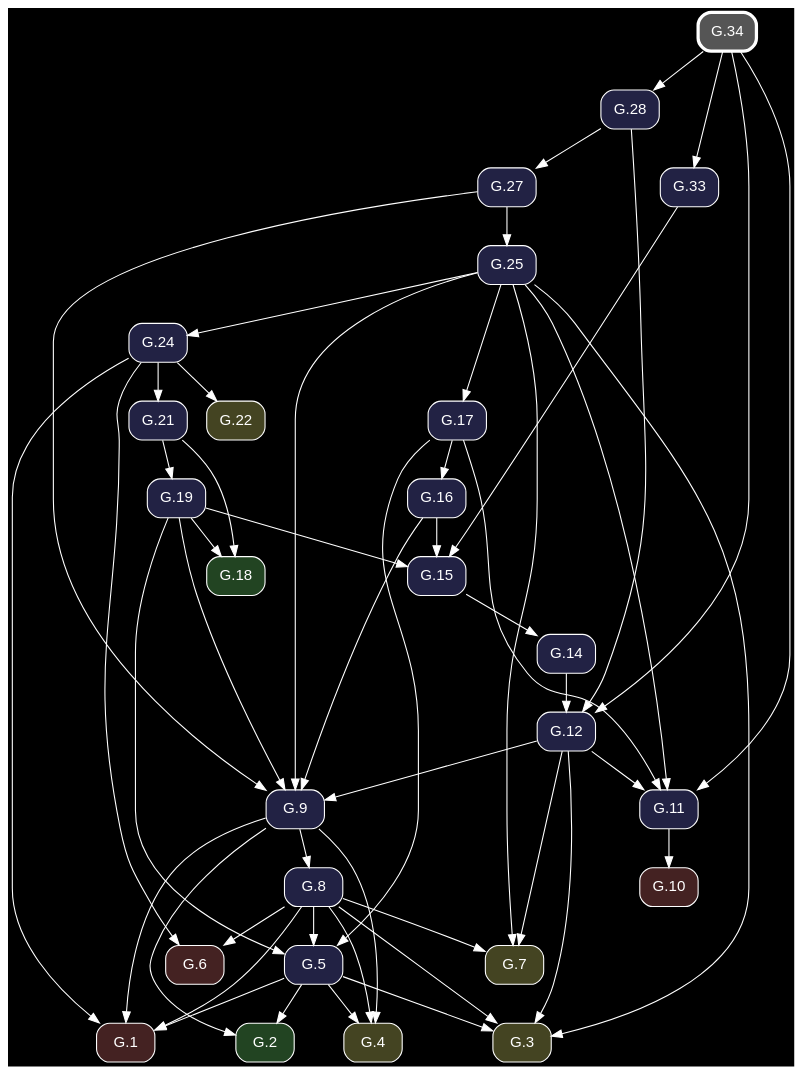
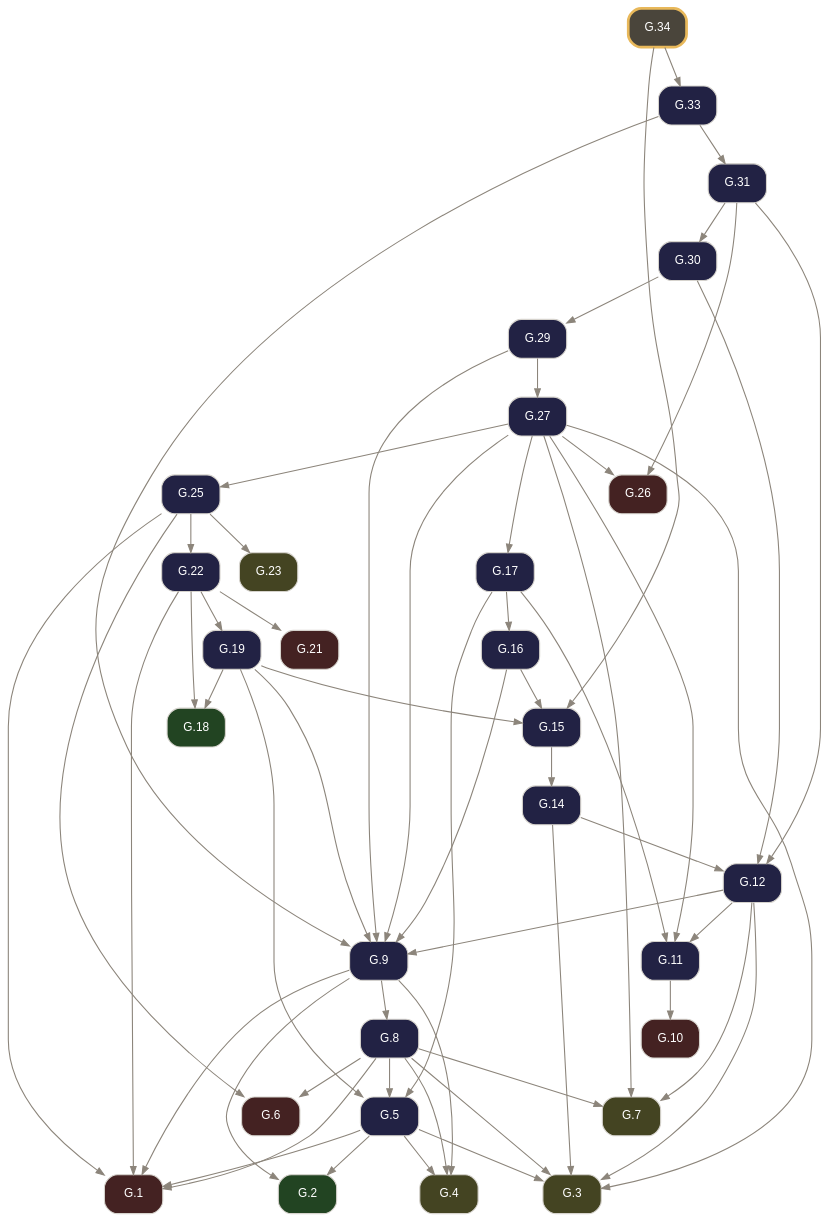
The diagram in docsrc/elements2/G.34/index.rst (geometor/elements), drawn with Graphviz before and after one commit. The commit also changed other lines of this file and 261 other files, not shown here.

Commit message:
feat: rebuild Elements 2.0 G-Index pipeline from composed Euclid Heath edition (v0.3.0)

```diff
--- a/docsrc/elements2/G.34/index.rst
+++ b/docsrc/elements2/G.34/index.rst
@@ -62,85 +52,94 @@
 .. graphviz::
 
    digraph {
-     bgcolor="black";
-     node [shape=box, style="rounded,filled", fontname="Helvetica", color="white", fontcolor="white"];
-     edge [color="white", fontcolor="white"];
+     bgcolor="transparent";
+     node [shape=box, style="rounded,filled", fontname="Helvetica", fontsize=11, color="#d6d3cd", fontcolor="#ffffff"];
+     edge [color="#8c857b", fontcolor="#8c857b", arrowsize=0.75];
      rankdir="TB";
-     "G.27" [label="G.27", fillcolor="#222244", URL="/elements2/G.27/", target="_top"];
-     "G.6" [label="G.6", fillcolor="#442222", URL="/elements2/G.6/", target="_top"];
-     "G.19" [label="G.19", fillcolor="#222244", URL="/elements2/G.19/", target="_top"];
-     "G.34" [label="G.34", penwidth=3, color="white", fillcolor="#555555", URL="/elements2/G.34/", target="_top"];
-     "G.24" [label="G.24", fillcolor="#222244", URL="/elements2/G.24/", target="_top"];
-     "G.21" [label="G.21", fillcolor="#222244", URL="/elements2/G.21/", target="_top"];
-     "G.10" [label="G.10", fillcolor="#442222", URL="/elements2/G.10/", target="_top"];
-     "G.7" [label="G.7", fillcolor="#444422", URL="/elements2/G.7/", target="_top"];
-     "G.3" [label="G.3", fillcolor="#444422", URL="/elements2/G.3/", target="_top"];
-     "G.17" [label="G.17", fillcolor="#222244", URL="/elements2/G.17/", target="_top"];
-     "G.15" [label="G.15", fillcolor="#222244", URL="/elements2/G.15/", target="_top"];
-     "G.5" [label="G.5", fillcolor="#222244", URL="/elements2/G.5/", target="_top"];
-     "G.1" [label="G.1", fillcolor="#442222", URL="/elements2/G.1/", target="_top"];
-     "G.2" [label="G.2", fillcolor="#224422", URL="/elements2/G.2/", target="_top"];
-     "G.12" [label="G.12", fillcolor="#222244", URL="/elements2/G.12/", target="_top"];
-     "G.22" [label="G.22", fillcolor="#444422", URL="/elements2/G.22/", target="_top"];
-     "G.14" [label="G.14", fillcolor="#222244", URL="/elements2/G.14/", target="_top"];
-     "G.28" [label="G.28", fillcolor="#222244", URL="/elements2/G.28/", target="_top"];
-     "G.8" [label="G.8", fillcolor="#222244", URL="/elements2/G.8/", target="_top"];
-     "G.9" [label="G.9", fillcolor="#222244", URL="/elements2/G.9/", target="_top"];
-     "G.25" [label="G.25", fillcolor="#222244", URL="/elements2/G.25/", target="_top"];
-     "G.18" [label="G.18", fillcolor="#224422", URL="/elements2/G.18/", target="_top"];
-     "G.11" [label="G.11", fillcolor="#222244", URL="/elements2/G.11/", target="_top"];
-     "G.4" [label="G.4", fillcolor="#444422", URL="/elements2/G.4/", target="_top"];
-     "G.33" [label="G.33", fillcolor="#222244", URL="/elements2/G.33/", target="_top"];
-     "G.16" [label="G.16", fillcolor="#222244", URL="/elements2/G.16/", target="_top"];
-     "G.28" -> "G.27";
-     "G.24" -> "G.6";
-     "G.8" -> "G.6";
-     "G.21" -> "G.19";
-     "G.25" -> "G.24";
-     "G.24" -> "G.21";
-     "G.11" -> "G.10";
-     "G.25" -> "G.7";
-     "G.8" -> "G.7";
-     "G.12" -> "G.7";
+     "G.1" [label="G.1", tooltip="G.1 (I.cn.1)", fillcolor="#442222", URL="../G.1/index.html", target="_top"];
+     "G.2" [label="G.2", tooltip="G.2 (I.def.15)", fillcolor="#224422", URL="../G.2/index.html", target="_top"];
+     "G.3" [label="G.3", tooltip="G.3 (I.post.1)", fillcolor="#444422", URL="../G.3/index.html", target="_top"];
+     "G.4" [label="G.4", tooltip="G.4 (I.post.3)", fillcolor="#444422", URL="../G.4/index.html", target="_top"];
+     "G.5" [label="G.5", tooltip="G.5 (I.1)", fillcolor="#222244", URL="../G.5/index.html", target="_top"];
+     "G.6" [label="G.6", tooltip="G.6 (I.cn.3)", fillcolor="#442222", URL="../G.6/index.html", target="_top"];
+     "G.7" [label="G.7", tooltip="G.7 (I.post.2)", fillcolor="#444422", URL="../G.7/index.html", target="_top"];
+     "G.8" [label="G.8", tooltip="G.8 (I.2)", fillcolor="#222244", URL="../G.8/index.html", target="_top"];
+     "G.9" [label="G.9", tooltip="G.9 (I.3)", fillcolor="#222244", URL="../G.9/index.html", target="_top"];
+     "G.10" [label="G.10", tooltip="G.10 (I.cn.4)", fillcolor="#442222", URL="../G.10/index.html", target="_top"];
+     "G.11" [label="G.11", tooltip="G.11 (I.4)", fillcolor="#222244", URL="../G.11/index.html", target="_top"];
+     "G.12" [label="G.12", tooltip="G.12 (I.5)", fillcolor="#222244", URL="../G.12/index.html", target="_top"];
+     "G.14" [label="G.14", tooltip="G.14 (I.7)", fillcolor="#222244", URL="../G.14/index.html", target="_top"];
+     "G.15" [label="G.15", tooltip="G.15 (I.8)", fillcolor="#222244", URL="../G.15/index.html", target="_top"];
+     "G.16" [label="G.16", tooltip="G.16 (I.9)", fillcolor="#222244", URL="../G.16/index.html", target="_top"];
+     "G.17" [label="G.17", tooltip="G.17 (I.10)", fillcolor="#222244", URL="../G.17/index.html", target="_top"];
+     "G.18" [label="G.18", tooltip="G.18 (I.def.10)", fillcolor="#224422", URL="../G.18/index.html", target="_top"];
+     "G.19" [label="G.19", tooltip="G.19 (I.11)", fillcolor="#222244", URL="../G.19/index.html", target="_top"];
+     "G.21" [label="G.21", tooltip="G.21 (I.cn.2)", fillcolor="#442222", URL="../G.21/index.html", target="_top"];
+     "G.22" [label="G.22", tooltip="G.22 (I.13)", fillcolor="#222244", URL="../G.22/index.html", target="_top"];
+     "G.23" [label="G.23", tooltip="G.23 (I.post.4)", fillcolor="#444422", URL="../G.23/index.html", target="_top"];
+     "G.25" [label="G.25", tooltip="G.25 (I.15)", fillcolor="#222244", URL="../G.25/index.html", target="_top"];
+     "G.26" [label="G.26", tooltip="G.26 (I.cn.5)", fillcolor="#442222", URL="../G.26/index.html", target="_top"];
+     "G.27" [label="G.27", tooltip="G.27 (I.16)", fillcolor="#222244", URL="../G.27/index.html", target="_top"];
+     "G.29" [label="G.29", tooltip="G.29 (I.18)", fillcolor="#222244", URL="../G.29/index.html", target="_top"];
+     "G.30" [label="G.30", tooltip="G.30 (I.19)", fillcolor="#222244", URL="../G.30/index.html", target="_top"];
+     "G.31" [label="G.31", tooltip="G.31 (I.20)", fillcolor="#222244", URL="../G.31/index.html", target="_top"];
+     "G.33" [label="G.33", tooltip="G.33 (I.22)", fillcolor="#222244", URL="../G.33/index.html", target="_top"];
+     "G.34" [label="G.34", tooltip="G.34 (I.23)", penwidth=2.5, color="#e8b85a", fillcolor="#4a453b", URL="index.html", target="_top"];
+     "G.5" -> "G.1";
+     "G.8" -> "G.1";
+     "G.9" -> "G.1";
+     "G.22" -> "G.1";
+     "G.25" -> "G.1";
+     "G.5" -> "G.2";
+     "G.9" -> "G.2";
      "G.5" -> "G.3";
-     "G.25" -> "G.3";
      "G.8" -> "G.3";
      "G.12" -> "G.3";
-     "G.25" -> "G.17";
-     "G.19" -> "G.15";
-     "G.16" -> "G.15";
-     "G.33" -> "G.15";
-     "G.19" -> "G.5";
-     "G.8" -> "G.5";
-     "G.17" -> "G.5";
-     "G.5" -> "G.1";
-     "G.24" -> "G.1";
-     "G.8" -> "G.1";
-     "G.9" -> "G.1";
-     "G.5" -> "G.2";
-     "G.9" -> "G.2";
-     "G.34" -> "G.12";
-     "G.28" -> "G.12";
-     "G.14" -> "G.12";
-     "G.24" -> "G.22";
-     "G.15" -> "G.14";
-     "G.34" -> "G.28";
-     "G.9" -> "G.8";
-     "G.19" -> "G.9";
-     "G.25" -> "G.9";
-     "G.16" -> "G.9";
-     "G.27" -> "G.9";
-     "G.12" -> "G.9";
-     "G.27" -> "G.25";
-     "G.19" -> "G.18";
-     "G.21" -> "G.18";
-     "G.25" -> "G.11";
-     "G.17" -> "G.11";
-     "G.34" -> "G.11";
-     "G.12" -> "G.11";
+     "G.14" -> "G.3";
+     "G.27" -> "G.3";
      "G.5" -> "G.4";
      "G.8" -> "G.4";
      "G.9" -> "G.4";
+     "G.8" -> "G.5";
+     "G.17" -> "G.5";
+     "G.19" -> "G.5";
+     "G.8" -> "G.6";
+     "G.25" -> "G.6";
+     "G.8" -> "G.7";
+     "G.12" -> "G.7";
+     "G.27" -> "G.7";
+     "G.9" -> "G.8";
+     "G.12" -> "G.9";
+     "G.16" -> "G.9";
+     "G.19" -> "G.9";
+     "G.27" -> "G.9";
+     "G.29" -> "G.9";
+     "G.33" -> "G.9";
+     "G.11" -> "G.10";
+     "G.12" -> "G.11";
+     "G.17" -> "G.11";
+     "G.27" -> "G.11";
+     "G.14" -> "G.12";
+     "G.30" -> "G.12";
+     "G.31" -> "G.12";
+     "G.15" -> "G.14";
+     "G.16" -> "G.15";
+     "G.19" -> "G.15";
+     "G.34" -> "G.15";
+     "G.17" -> "G.16";
+     "G.27" -> "G.17";
+     "G.19" -> "G.18";
+     "G.22" -> "G.18";
+     "G.22" -> "G.19";
+     "G.22" -> "G.21";
+     "G.25" -> "G.22";
+     "G.25" -> "G.23";
+     "G.27" -> "G.25";
+     "G.27" -> "G.26";
+     "G.31" -> "G.26";
+     "G.29" -> "G.27";
+     "G.30" -> "G.29";
+     "G.31" -> "G.30";
+     "G.33" -> "G.31";
      "G.34" -> "G.33";
-     "G.17" -> "G.16";
    }
```
